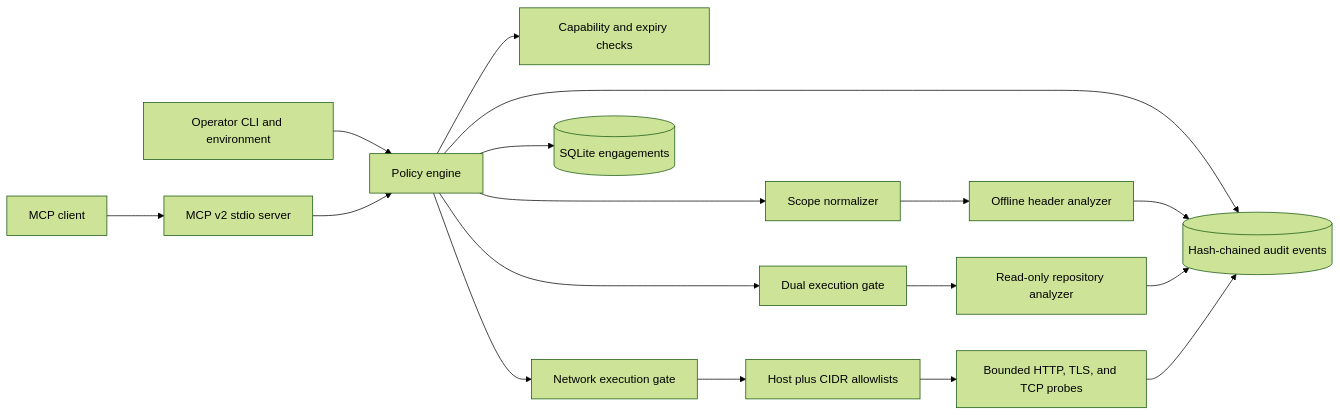
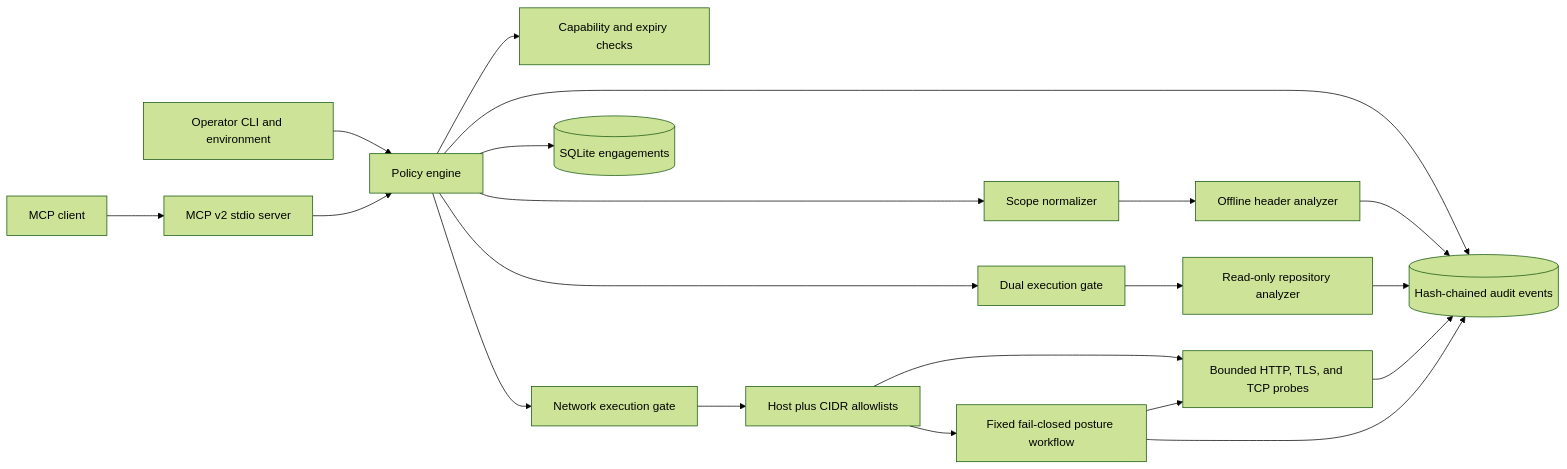
One commit to mzatylny/scopeguard-mcp changed the diagram in ARCHITECTURE.md. Above: the diagram before and after it, drawn with Mermaid (forest theme). The commit also changed other lines of this file and 9 other files, not shown here.

````diff
--- a/ARCHITECTURE.md
+++ b/ARCHITECTURE.md
@@ -3,19 +3,22 @@
 ```mermaid
 flowchart LR
     A["MCP client"] --> B["MCP v2 stdio server"]
     O["Operator CLI and environment"] --> C["Policy engine"]
     B --> C
     C --> D["Scope normalizer"]
     C --> E["Capability and expiry checks"]
     C --> F["Dual execution gate"]
     C --> K["Network execution gate"]
     K --> L["Host plus CIDR allowlists"]
+    L --> N["Fixed fail-closed posture workflow"]
     D --> G["Offline header analyzer"]
     F --> H["Read-only repository analyzer"]
     L --> M["Bounded HTTP, TLS, and TCP probes"]
     C --> I[("SQLite engagements")]
     C --> J[("Hash-chained audit events")]
     G --> J
     H --> J
     M --> J
+    N --> M
+    N --> J
 ```
````
